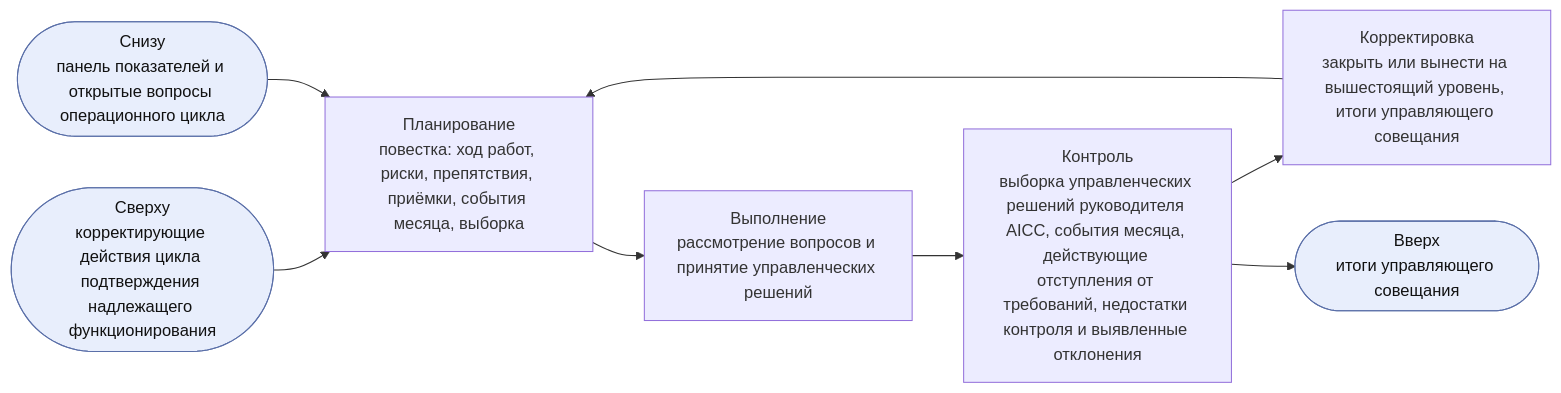
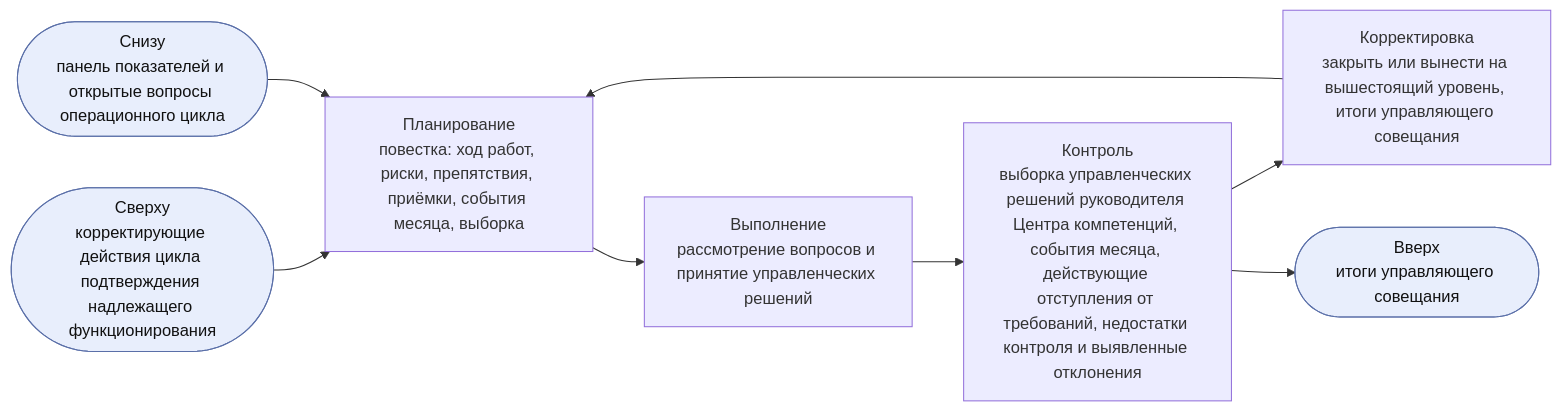
The fourth of 8 diagrams in charter/ru/documents/operating-model.md (devhogu/ob-aicc), drawn with Mermaid before and after one commit. The commit also changed other lines of this file and 1149 other files, not shown here.

````diff
--- a/charter/ru/documents/operating-model.md
+++ b/charter/ru/documents/operating-model.md
@@ -207,8 +207,8 @@
 ```mermaid
 flowchart LR
   IN(["Сверху<br/>корректирующие действия цикла подтверждения надлежащего функционирования"]):::iface --> P
-  P["Планирование<br/>повестка: ход работ, риски, препятствия, приёмки, события месяца, выборка"] --> D["Выполнение<br/>рассмотрение вопросов и принятие управленческих решений"] --> C["Контроль<br/>выборка управленческих решений руководителя AICC, события месяца, действующие отступления от требований, недостатки контроля и выявленные отклонения"] --> A["Корректировка<br/>закрыть или вынести на вышестоящий уровень, итоги управляющего совещания"] --> P
+  P["Планирование<br/>повестка: ход работ, риски, препятствия, приёмки, события месяца, выборка"] --> D["Выполнение<br/>рассмотрение вопросов и принятие управленческих решений"] --> C["Контроль<br/>выборка управленческих решений руководителя Центра компетенций, события месяца, действующие отступления от требований, недостатки контроля и выявленные отклонения"] --> A["Корректировка<br/>закрыть или вынести на вышестоящий уровень, итоги управляющего совещания"] --> P
   EV(["Снизу<br/>панель показателей и открытые вопросы операционного цикла"]):::iface --> P
   C --> UP(["Вверх<br/>итоги управляющего совещания"]):::iface
   classDef iface fill:#e8eefc,stroke:#5a6fa8,color:#111
 ```
````
